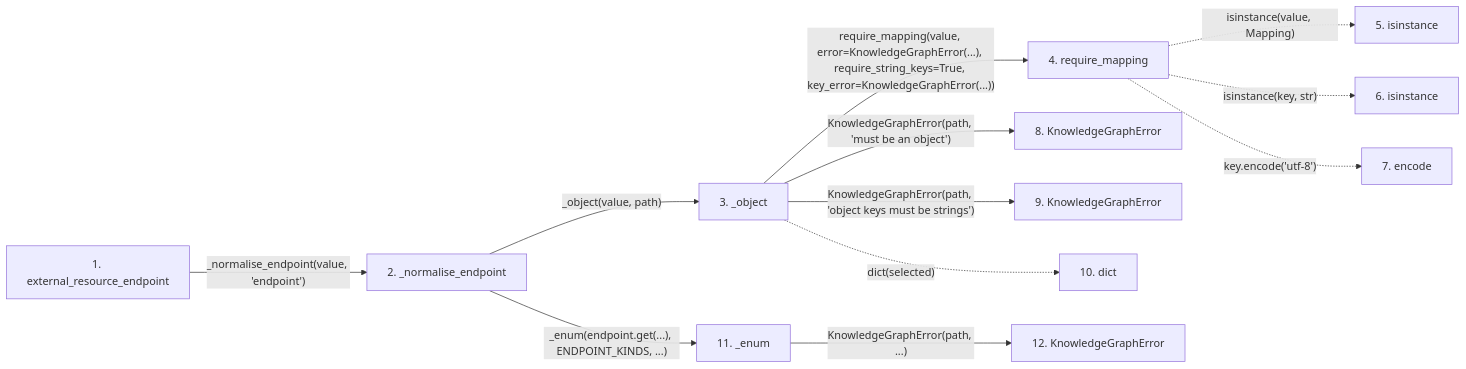
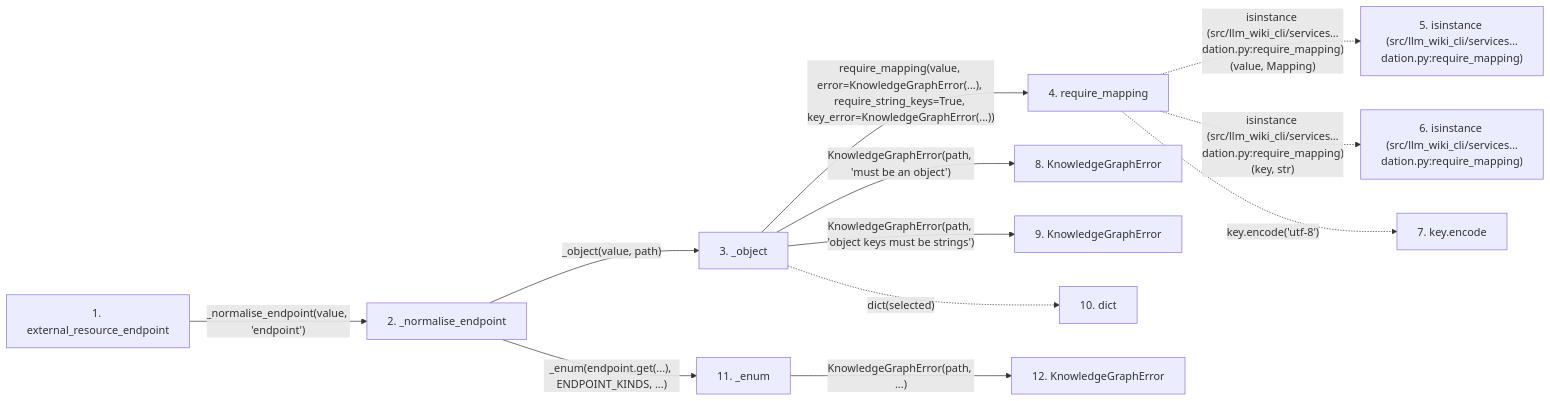
Before and after one commit to Denissvgn/python-wiki-llm: the second of 2 diagrams in docs/llm_wiki/flows/api-external_resource_endpoint.md, drawn with Mermaid. The commit also changed other lines of this file and 719 other files, not shown here.

````diff
--- a/docs/llm_wiki/flows/api-external_resource_endpoint.md
+++ b/docs/llm_wiki/flows/api-external_resource_endpoint.md
@@ -83,34 +85,34 @@
 ```mermaid
 flowchart LR
     s1["1. external_resource_endpoint"]
     s2["2. _normalise_endpoint"]
     s3["3. _object"]
     s4["4. require_mapping"]
-    s5["5. isinstance"]
-    s6["6. isinstance"]
-    s7["7. encode"]
+    s5["5. isinstance (src/llm_wiki_cli/services…dation.py:require_mapping)"]
+    s6["6. isinstance (src/llm_wiki_cli/services…dation.py:require_mapping)"]
+    s7["7. key.encode"]
     s8["8. KnowledgeGraphError"]
     s9["9. KnowledgeGraphError"]
     s10["10. dict"]
     s11["11. _enum"]
     s12["12. KnowledgeGraphError"]
     s1 -->|"_normalise_endpoint(value, 'endpoint')"| s2
     s2 -->|"_object(value, path)"| s3
     s3 -->|"require_mapping(value, error=KnowledgeGraphError(...), require_string_keys=True, key_error=KnowledgeGraphError(...))"| s4
-    s4 -. "isinstance(value, Mapping)" .-> s5
-    s4 -. "isinstance(key, str)" .-> s6
+    s4 -. "isinstance (src/llm_wiki_cli/services…dation.py:require_mapping)(value, Mapping)" .-> s5
+    s4 -. "isinstance (src/llm_wiki_cli/services…dation.py:require_mapping)(key, str)" .-> s6
     s4 -. "key.encode('utf-8')" .-> s7
     s3 -->|"KnowledgeGraphError(path, 'must be an object')"| s8
     s3 -->|"KnowledgeGraphError(path, 'object keys must be strings')"| s9
     s3 -. "dict(selected)" .-> s10
     s2 -->|"_enum(endpoint.get(...), ENDPOINT_KINDS, ...)"| s11
     s11 -->|"KnowledgeGraphError(path, ...)"| s12
     click s1 "../modules/knowledge_graph.md"
     click s2 "../modules/knowledge_graph.md"
     click s3 "../modules/knowledge_graph.md"
     click s4 "../modules/validation.md"
     click s8 "../modules/knowledge_graph.md"
     click s9 "../modules/knowledge_graph.md"
     click s11 "../modules/knowledge_graph.md"
     click s12 "../modules/knowledge_graph.md"
 ```
````
